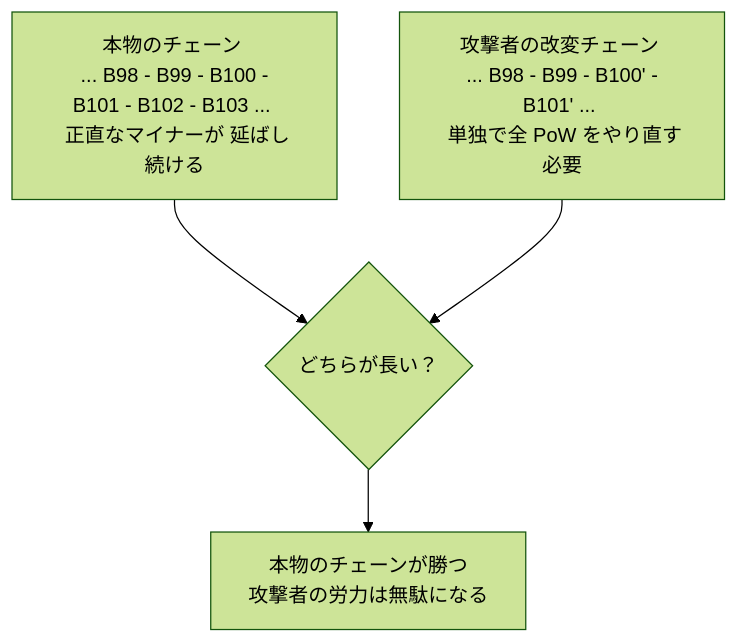
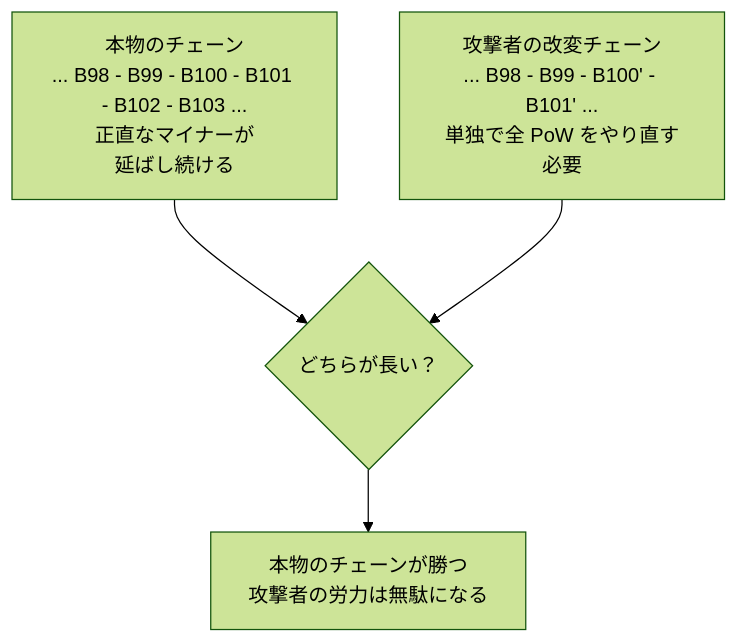
Before and after one commit to cypher256/BitcoinArchive: the tenth of 10 diagrams in src/data/translations/ja/analysis/2026-05-23-how-bitcoin-works-visual-glossary.md, drawn with Mermaid (forest theme). The commit also changed other lines of this file and 3 other files, not shown here.

````diff
--- a/src/data/translations/ja/analysis/2026-05-23-how-bitcoin-works-visual-glossary.md
+++ b/src/data/translations/ja/analysis/2026-05-23-how-bitcoin-works-visual-glossary.md
@@ -274,9 +274,9 @@
 ```mermaid
 flowchart TD
-  REAL[本物のチェーン <br/> ... B98 - B99 - B100 - B101 - B102 - B103 ... <br/> 正直なマイナーが 延ばし続ける]
-  ATK[攻撃者の改変チェーン <br/> ... B98 - B99 - B100' - B101' ... <br/> 単独で全 PoW をやり直す必要]
+  REAL[本物のチェーン<br/>... B98 - B99 - B100 - B101 - B102 - B103 ...<br/>正直なマイナーが<br/>延ばし続ける]
+  ATK[攻撃者の改変チェーン<br/>... B98 - B99 - B100' - B101' ...<br/>単独で全 PoW をやり直す必要]
   W{どちらが長い？}
   REAL --> W
   ATK --> W
-  W --> WIN[本物のチェーンが勝つ <br/> 攻撃者の労力は無駄になる]
+  W --> WIN[本物のチェーンが勝つ<br/>攻撃者の労力は無駄になる]
 ```
````
